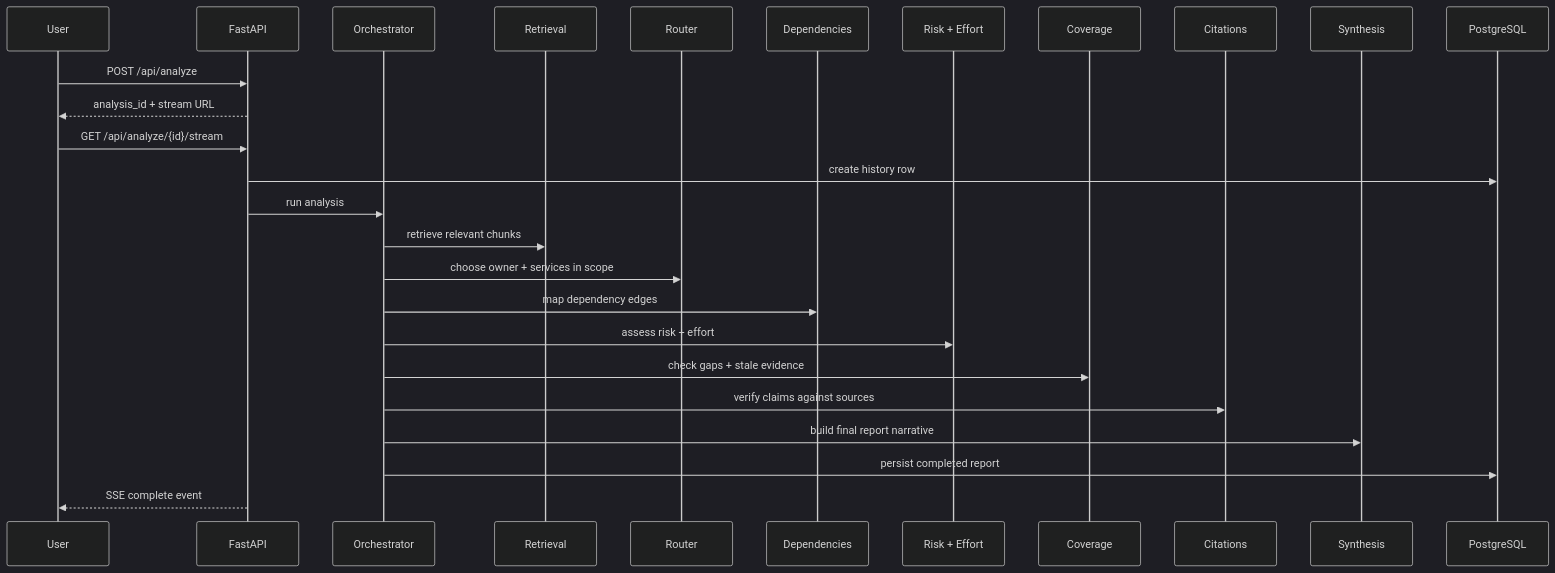
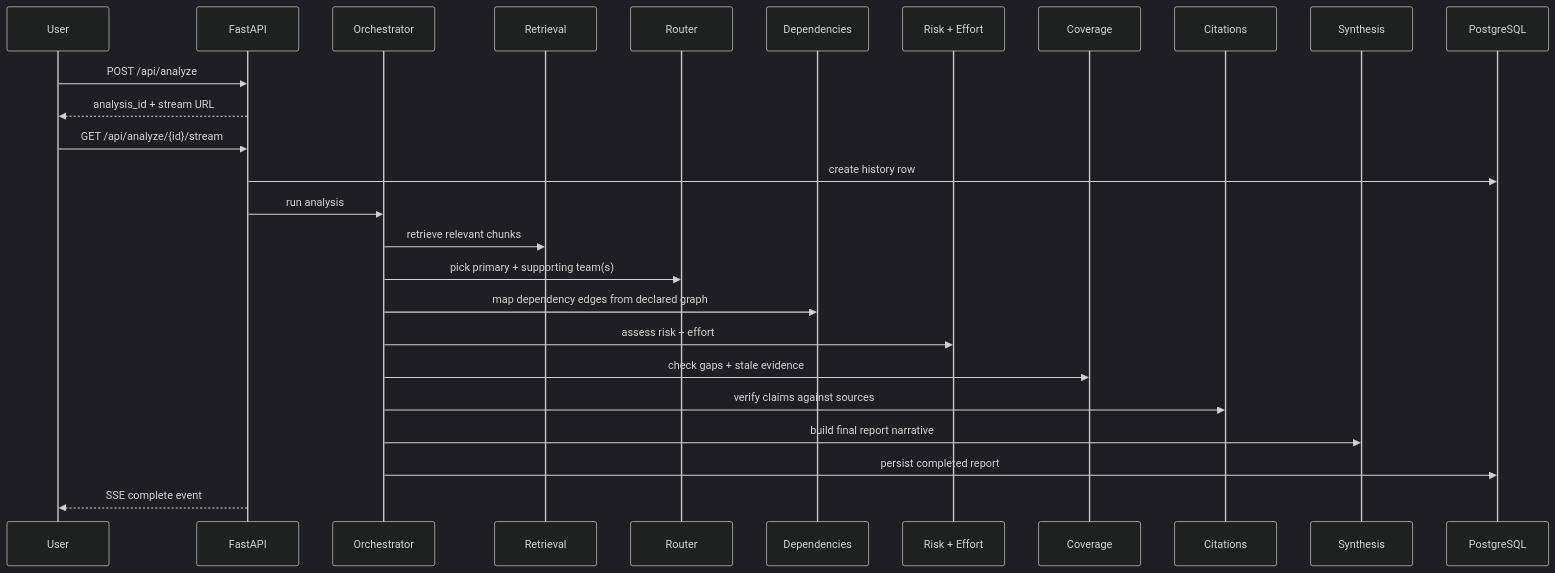
Before and after one commit to gurungabit/prism: the fifth of 6 diagrams in docs/architecture.md, drawn with Mermaid (dark theme). The commit also changed other lines of this file and 261 other files, not shown here.

````diff
--- a/docs/architecture.md
+++ b/docs/architecture.md
@@ -126,30 +252,30 @@
 ```mermaid
 sequenceDiagram
     participant U as User
     participant API as FastAPI
     participant ORC as Orchestrator
     participant RET as Retrieval
     participant RTR as Router
     participant DEP as Dependencies
     participant RSK as Risk + Effort
     participant COV as Coverage
     participant CIT as Citations
     participant SYN as Synthesis
     participant PG as PostgreSQL
 
     U->>API: POST /api/analyze
     API-->>U: analysis_id + stream URL
     U->>API: GET /api/analyze/{id}/stream
 
     API->>PG: create history row
     API->>ORC: run analysis
     ORC->>RET: retrieve relevant chunks
-    ORC->>RTR: choose owner + services in scope
-    ORC->>DEP: map dependency edges
+    ORC->>RTR: pick primary + supporting team(s)
+    ORC->>DEP: map dependency edges from declared graph
     ORC->>RSK: assess risk + effort
     ORC->>COV: check gaps + stale evidence
     ORC->>CIT: verify claims against sources
     ORC->>SYN: build final report narrative
     ORC->>PG: persist completed report
     API-->>U: SSE complete event
 ```
````
